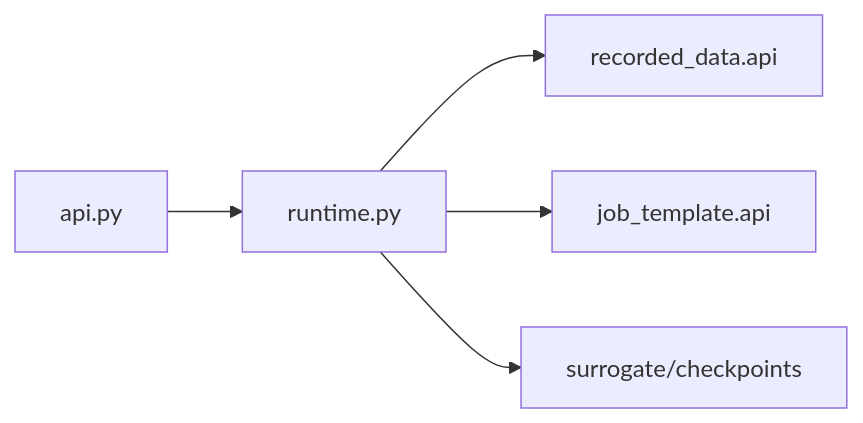
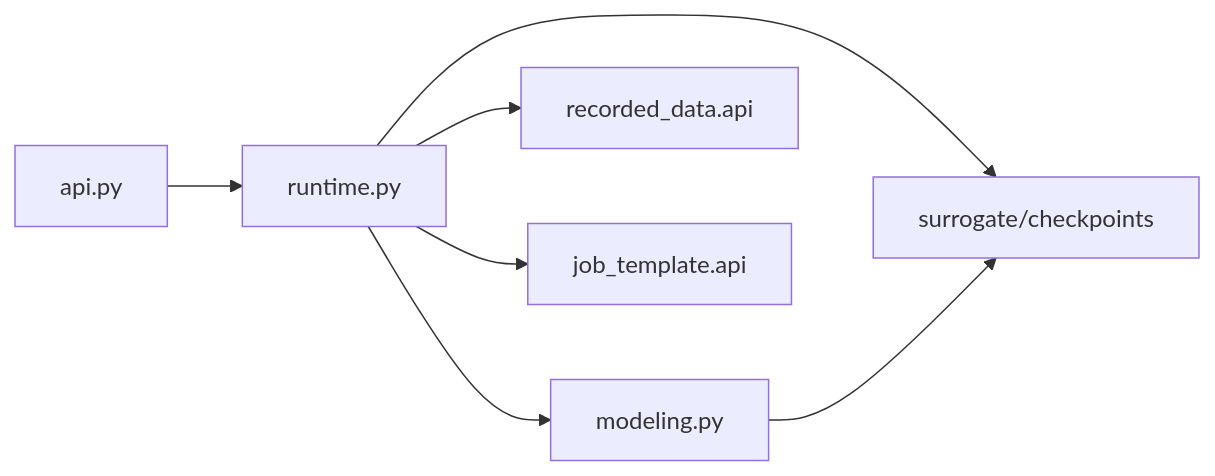
One commit to YS-Pan/yadof changed the fifth of 5 diagrams in architecture/c4_component.md. Above: the diagram before and after it, drawn with Mermaid. The commit also changed other lines of this file and 29 other files, not shown here.

````diff
--- a/architecture/c4_component.md
+++ b/architecture/c4_component.md
@@ -80,7 +80,9 @@
 ```mermaid
 flowchart LR
     SurAPI["api.py"] --> Runtime["runtime.py"]
+    Runtime --> Modeling["modeling.py"]
     Runtime --> RD["recorded_data.api"]
     Runtime --> JT["job_template.api"]
     Runtime --> Checkpoints["surrogate/checkpoints"]
+    Modeling --> Checkpoints
 ```
````
